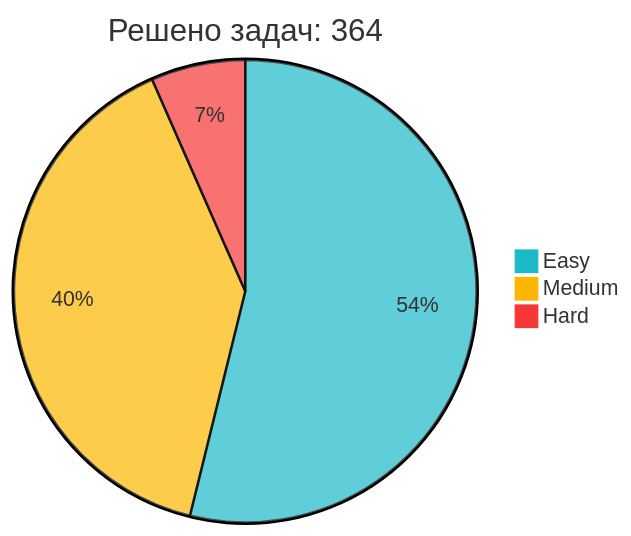
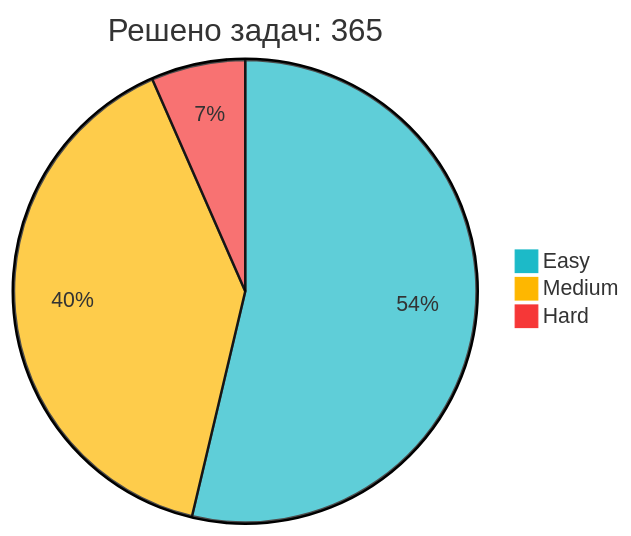
Before and after one commit to IliaKurdukov/IliaKurdukov: the diagram in README.md, drawn with Mermaid. The commit also changed other lines of this file, not shown here.

Commit message:
📈 Обновление статистики LeetCode

````diff
--- a/README.md
+++ b/README.md
@@ -51,7 +51,7 @@
 ```mermaid
 %%{init: {'theme': 'base', 'themeVariables': { 'pie1': '#1CBAC8', 'pie2': '#FEB700', 'pie3': '#F63737' }, 'config': {'width': 300, 'height': 200}}}%%
-pie title Решено задач: 364
+pie title Решено задач: 365
    "Easy" : 196
-   "Medium" : 144
+   "Medium" : 145
    "Hard" : 24
 ```
````
